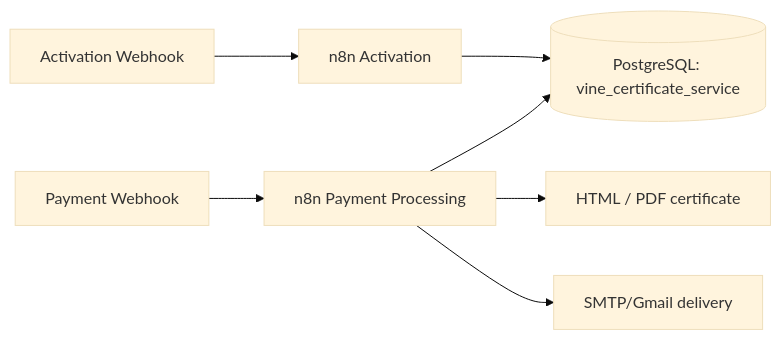
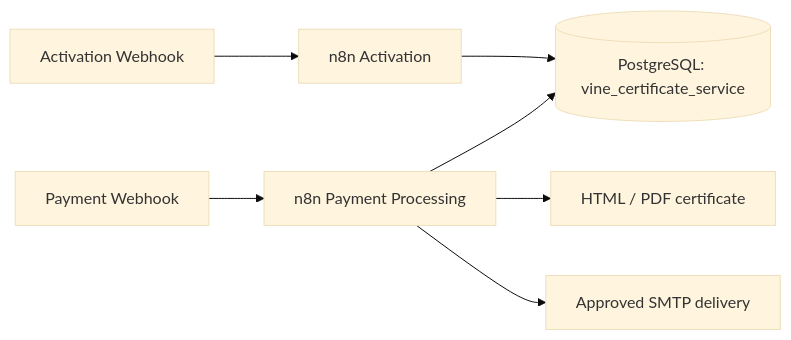
Before and after one commit to malexandro174-tech/vine-certificate-service: the diagram in README.md, drawn with Mermaid (base theme). The commit also changed other lines of this file and 5 other files, not shown here.

````diff
--- a/README.md
+++ b/README.md
@@ -16,9 +16,9 @@
 ```mermaid
 flowchart LR
   P[Payment Webhook] --> W1[n8n Payment Processing]
   W1 --> DB[(PostgreSQL: vine_certificate_service)]
   W1 --> PDF[HTML / PDF certificate]
-  W1 --> Mail[SMTP/Gmail delivery]
+  W1 --> Mail[Approved SMTP delivery]
   A[Activation Webhook] --> W2[n8n Activation]
   W2 --> DB
 ```
````
